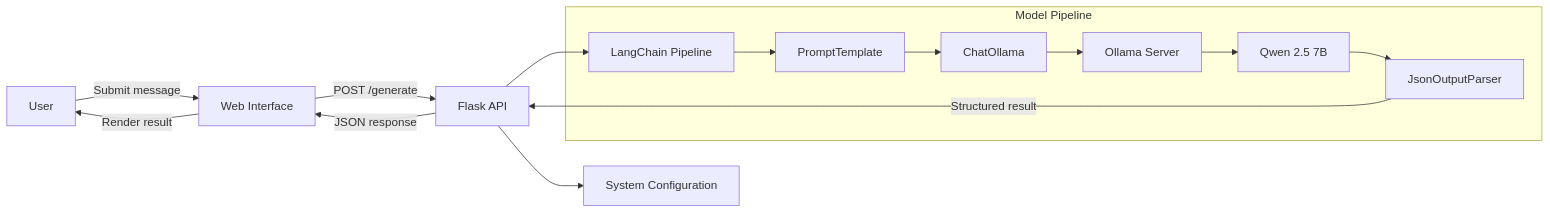
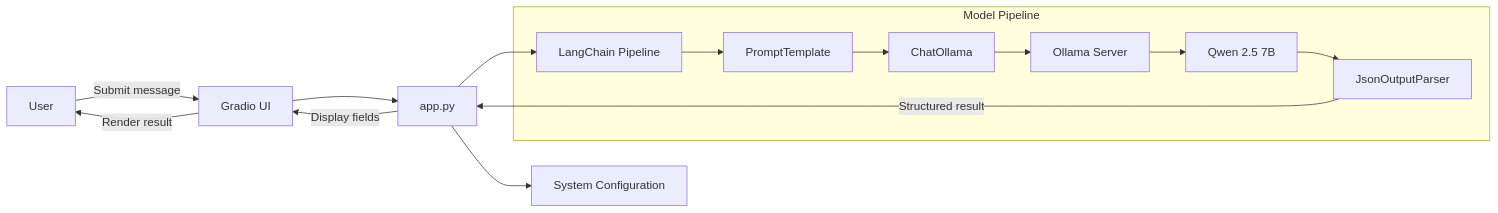
Before and after one commit to HuyinCP/Ollama-Flask-Assistant: the diagram in README.md, drawn with Mermaid. The commit also changed other lines of this file and 5 other files, not shown here.

Commit message:
refactor: migrate from Flask to Gradio for the customer inquiry analysis application, updating README and removing unused files

````diff
--- a/README.md
+++ b/README.md
@@ -70,19 +70,19 @@
 ```mermaid
 flowchart LR
-    U[User] -->|Submit message| UI[Web Interface]
-    UI -->|POST /generate| API[Flask API]
-    API --> CFG[System Configuration]
-    API --> CHAIN[LangChain Pipeline]
+    U[User] -->|Submit message| UI[Gradio UI]
+    UI --> APP[app.py]
+    APP --> CFG[System Configuration]
+    APP --> CHAIN[LangChain Pipeline]
 
     subgraph PIPELINE[Model Pipeline]
         CHAIN --> PROMPT[PromptTemplate]
         PROMPT --> CHAT[ChatOllama]
         CHAT --> OLLAMA[Ollama Server]
         OLLAMA --> QWEN[Qwen 2.5 7B]
         QWEN --> PARSER[JsonOutputParser]
     end
 
-    PARSER -->|Structured result| API
-    API -->|JSON response| UI
+    PARSER -->|Structured result| APP
+    APP -->|Display fields| UI
     UI -->|Render result| U
 ```
````
